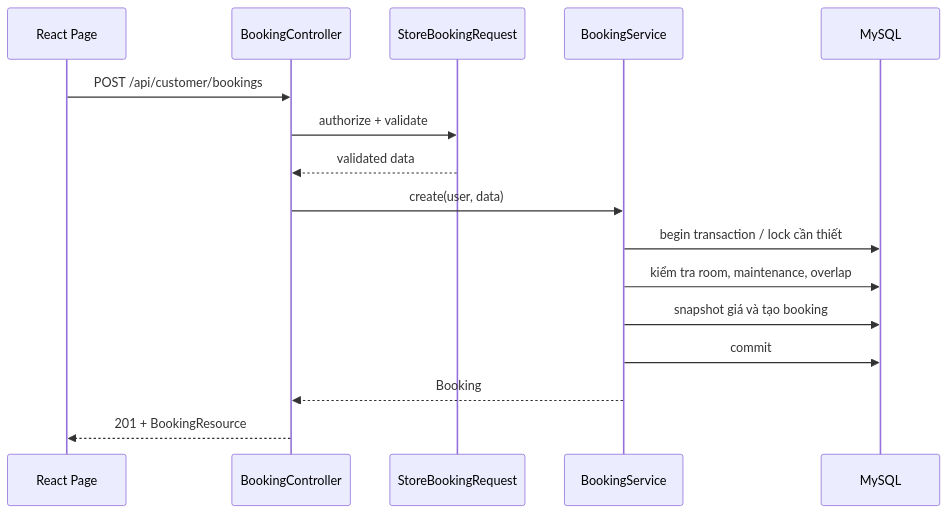
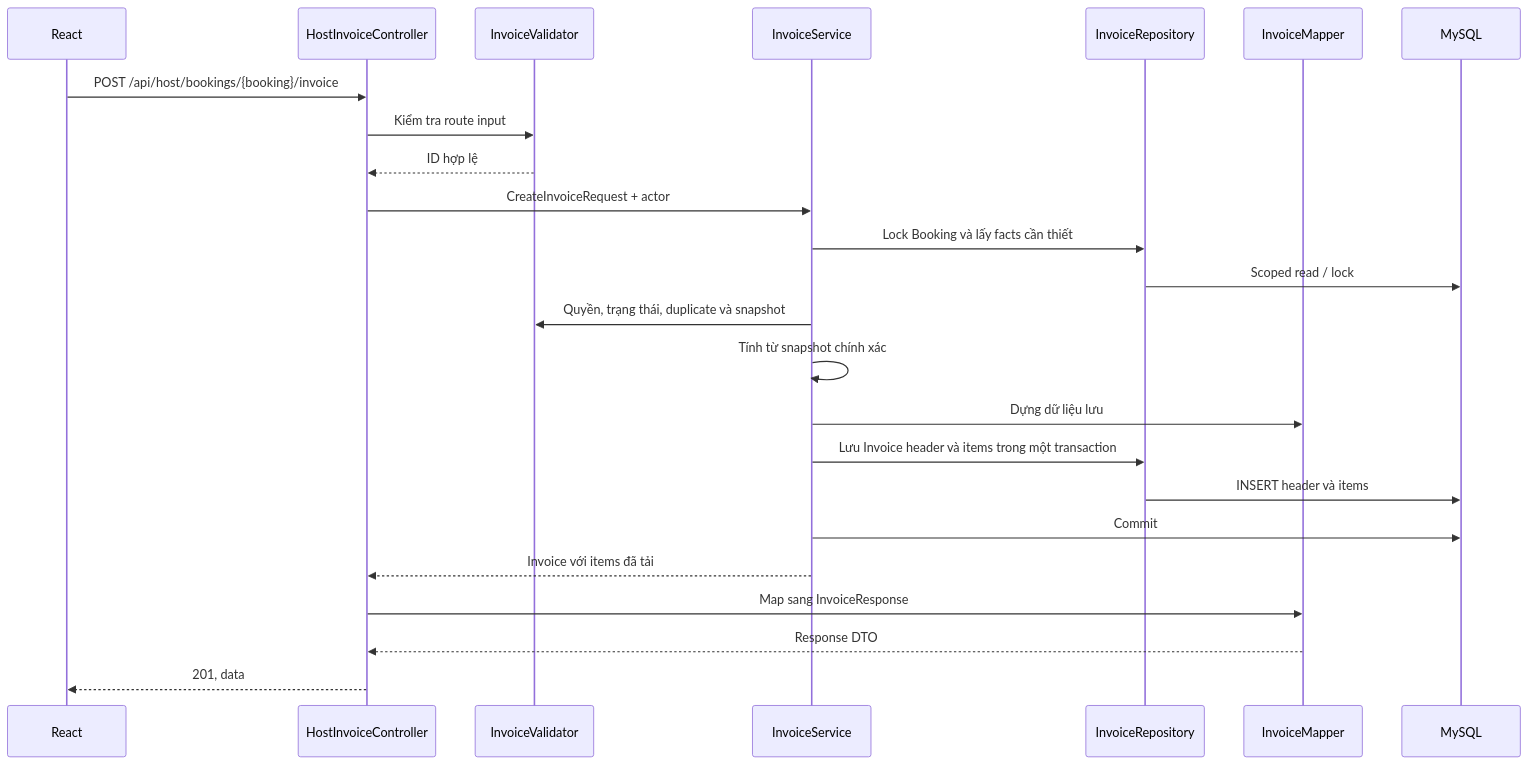
The fourth of 4 diagrams in ARCHITECTURE.md (HuynhDoHoangNguyen/laravel-react-stayhub), drawn with Mermaid before and after one commit. The commit also changed other lines of this file and 188 other files, not shown here.

First line of the commit message:
refactor: standardize layered architecture and integrate host catalog

````diff
--- a/ARCHITECTURE.md
+++ b/ARCHITECTURE.md
@@ -678,19 +502,27 @@
-```mermaid
+~~~mermaid
 sequenceDiagram
-    participant UI as React Page
-    participant API as BookingController
-    participant V as StoreBookingRequest
-    participant S as BookingService
+    participant UI as React
+    participant C as HostInvoiceController
+    participant V as InvoiceValidator
+    participant S as InvoiceService
+    participant R as InvoiceRepository
+    participant M as InvoiceMapper
     participant DB as MySQL
 
-    UI->>API: POST /api/customer/bookings
-    API->>V: authorize + validate
-    V-->>API: validated data
-    API->>S: create(user, data)
-    S->>DB: begin transaction / lock cần thiết
-    S->>DB: kiểm tra room, maintenance, overlap
-    S->>DB: snapshot giá và tạo booking
-    S->>DB: commit
-    S-->>API: Booking
-    API-->>UI: 201 + BookingResource
-```
+    UI->>C: POST /api/host/bookings/{booking}/invoice
+    C->>V: Kiểm tra route input
+    V-->>C: ID hợp lệ
+    C->>S: CreateInvoiceRequest + actor
+    S->>R: Lock Booking và lấy facts cần thiết
+    R->>DB: Scoped read / lock
+    S->>V: Quyền, trạng thái, duplicate và snapshot
+    S->>S: Tính từ snapshot chính xác
+    S->>M: Dựng dữ liệu lưu
+    S->>R: Lưu Invoice header và items trong một transaction
+    R->>DB: INSERT header và items
+    S->>DB: Commit
+    S-->>C: Invoice với items đã tải
+    C->>M: Map sang InvoiceResponse
+    M-->>C: Response DTO
+    C-->>UI: 201, data
+~~~
````
